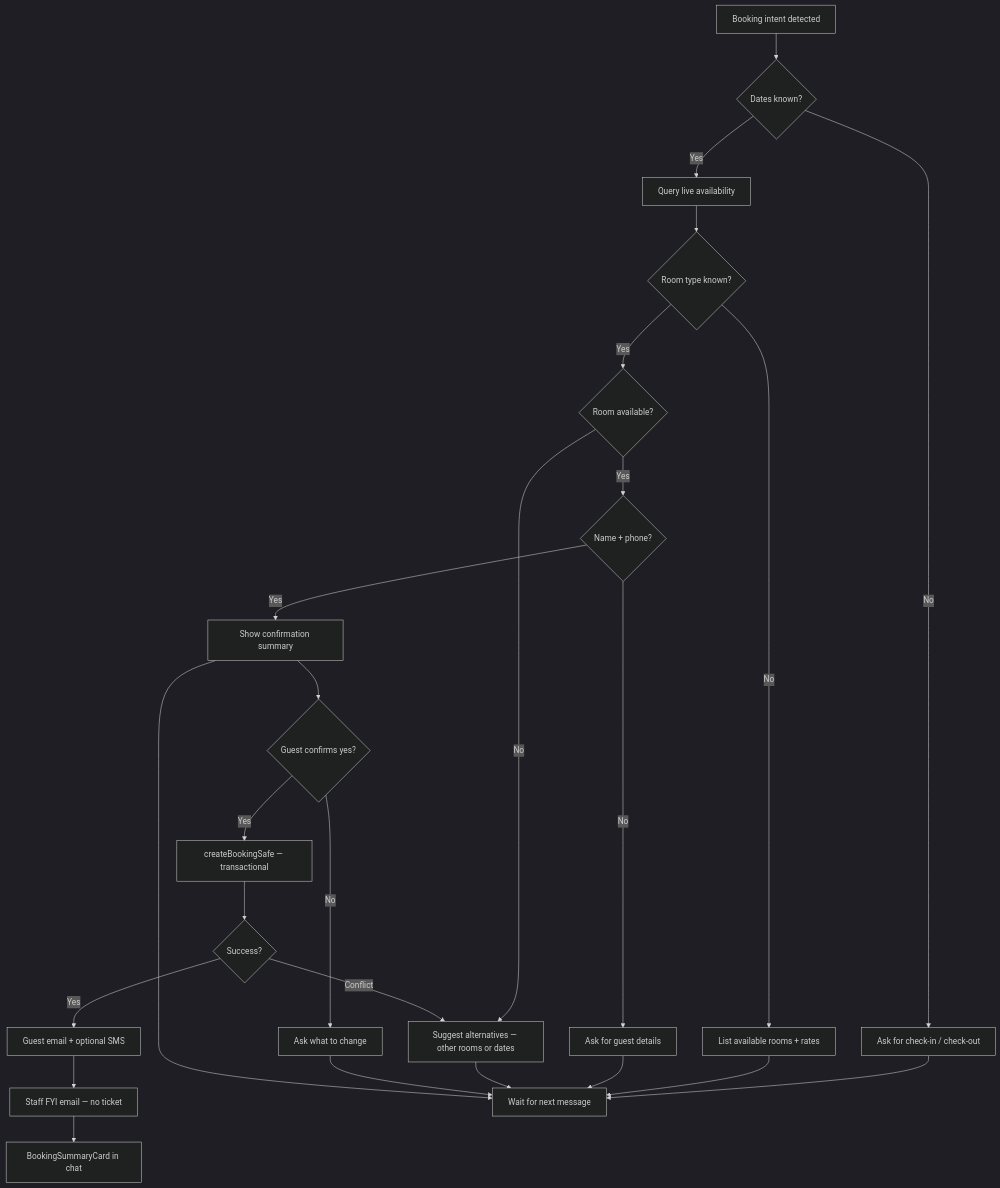
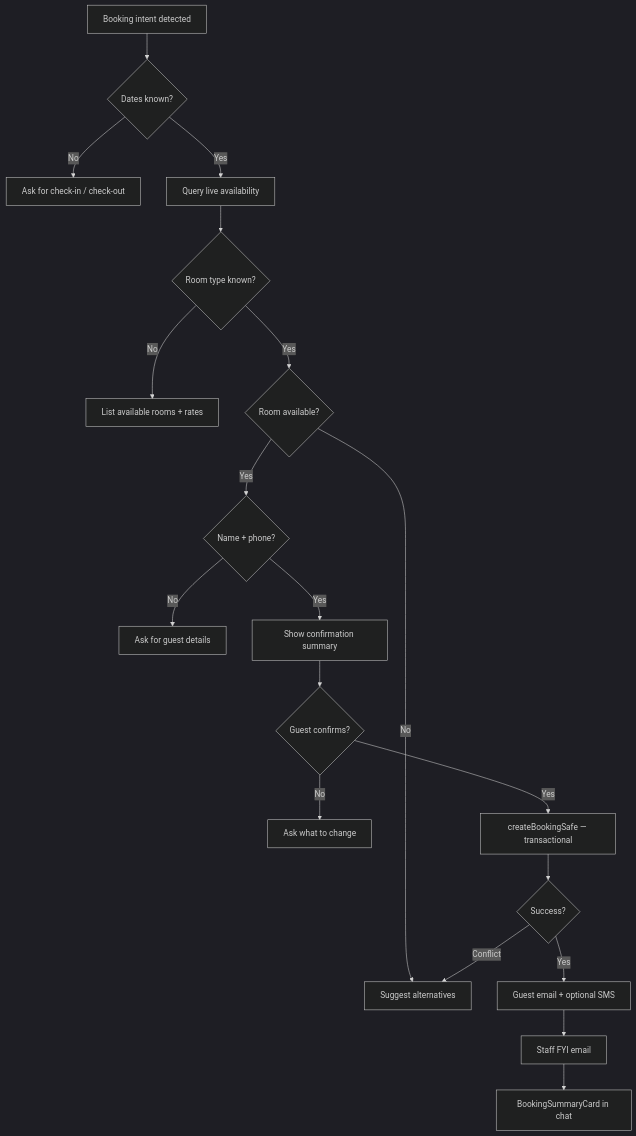
Before and after one commit to prabin923/Voice-assistant: the second of 4 diagrams in README.md, drawn with Mermaid (dark theme). The commit also changed other lines of this file, not shown here.

First line of the commit message:
docs: comprehensive README rewrite — reflect full multi-tenant SaaS architecture

````diff
--- a/README.md
+++ b/README.md
@@ -168,27 +174,21 @@
 ```mermaid
 flowchart TD
   A[Booking intent detected] --> B{Dates known?}
   B -->|No| C[Ask for check-in / check-out]
   B -->|Yes| D[Query live availability]
   D --> E{Room type known?}
   E -->|No| F[List available rooms + rates]
   E -->|Yes| G{Room available?}
-  G -->|No| H[Suggest alternatives — other rooms or dates]
+  G -->|No| H[Suggest alternatives]
   G -->|Yes| I{Name + phone?}
   I -->|No| J[Ask for guest details]
   I -->|Yes| K[Show confirmation summary]
-  K --> Q{Guest confirms yes?}
+  K --> Q{Guest confirms?}
   Q -->|No| R[Ask what to change]
   Q -->|Yes| S[createBookingSafe — transactional]
   S --> L{Success?}
   L -->|Yes| M[Guest email + optional SMS]
-  M --> N[Staff FYI email — no ticket]
+  M --> N[Staff FYI email]
   N --> O[BookingSummaryCard in chat]
   L -->|Conflict| H
-  C --> P[Wait for next message]
-  F --> P
-  J --> P
-  H --> P
-  R --> P
-  K --> P
 ```
````
